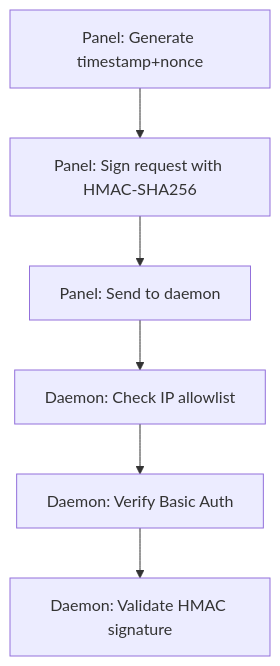
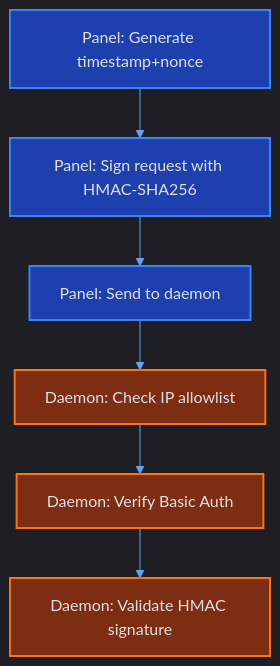
Before and after one commit to airlinklabs/airlinklabs: the diagram in data/docs/announcements/1.md, drawn with Mermaid. The commit also changed 10 other files, not shown here.

First line of the commit message:
feat: styled mermaid diagrams with dark theme + centering fix

````diff
--- a/data/docs/announcements/1.md
+++ b/data/docs/announcements/1.md
@@ -15,8 +15,16 @@
 ```mermaid
-graph TD
-    A[Panel: Generate timestamp+nonce] --> B[Panel: Sign request with HMAC-SHA256]
-    B --> C[Panel: Send to daemon]
-    C --> D[Daemon: Check IP allowlist]
-    D --> E[Daemon: Verify Basic Auth]
-    E --> F[Daemon: Validate HMAC signature]
+%%{init: {"theme": "dark", "themeVariables": {"primaryColor": "#1e40af", "primaryTextColor": "#e0e0e0", "primaryBorderColor": "#3b82f6", "lineColor": "#60a5fa", "secondaryColor": "#7c2d12", "tertiaryColor": "#1e3a5f", "fontFamily": "ui-monospace, SF Mono, Fira Code, monospace"}} }%%
+flowchart TD
+    A["Panel: Generate timestamp+nonce"] --> B["Panel: Sign request with HMAC-SHA256"]
+    B --> C["Panel: Send to daemon"]
+    C --> D["Daemon: Check IP allowlist"]
+    D --> E["Daemon: Verify Basic Auth"]
+    E --> F["Daemon: Validate HMAC signature"]
+
+    style A fill:#1e40af,stroke:#3b82f6,color:#e0e0e0,stroke-width:2px
+    style B fill:#1e40af,stroke:#3b82f6,color:#e0e0e0,stroke-width:2px
+    style C fill:#1e40af,stroke:#3b82f6,color:#e0e0e0,stroke-width:2px
+    style D fill:#7c2d12,stroke:#f97316,color:#e0e0e0,stroke-width:2px
+    style E fill:#7c2d12,stroke:#f97316,color:#e0e0e0,stroke-width:2px
+    style F fill:#7c2d12,stroke:#f97316,color:#e0e0e0,stroke-width:2px
 ```
````
